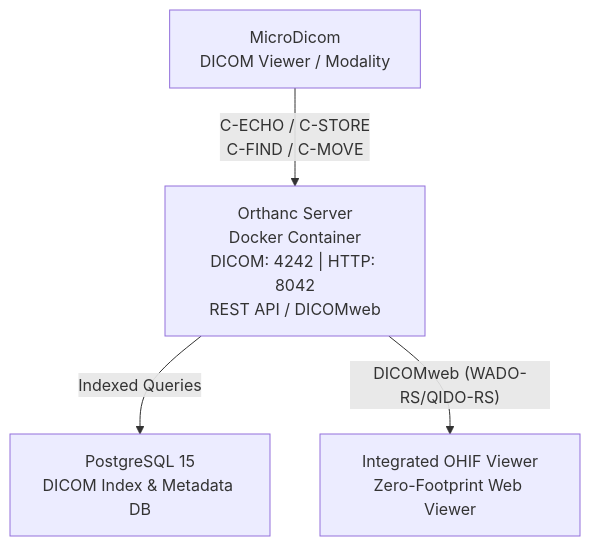
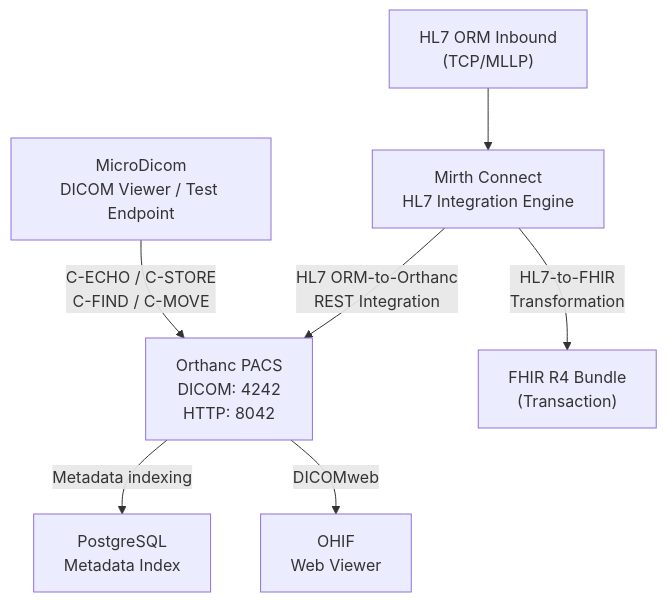
One commit to NiceXJer/orthanc-postgres-docker-pacs changed the diagram in README.md. Above: the diagram before and after it, drawn with Mermaid. The commit also changed other lines of this file, not shown here.

````diff
--- a/README.md
+++ b/README.md
@@ -11,14 +38,17 @@
 ```mermaid
 flowchart TD
-    A["MicroDicom\nDICOM Viewer / Modality"]
+    A["MicroDicom<br/>DICOM Viewer / Test Endpoint"]
+    B["Orthanc PACS<br/>DICOM: 4242<br/>HTTP: 8042"]
+    C["PostgreSQL<br/>Metadata Index"]
+    D["OHIF<br/>Web Viewer"]
+    E["Mirth Connect<br/>HL7 Integration Engine"]
+    F["HL7 ORM Inbound<br/>(TCP/MLLP)"]
+    G["FHIR R4 Bundle<br/>(Transaction)"]
 
-    B["Orthanc Server\nDocker Container\nDICOM: 4242 | HTTP: 8042\nREST API / DICOMweb"]
-
-    C["PostgreSQL 15\nDICOM Index & Metadata DB"]
-
-    D["Integrated OHIF Viewer\nZero-Footprint Web Viewer"]
-
-    A -- "C-ECHO / C-STORE\nC-FIND / C-MOVE" --> B
-    B -- "Indexed Queries" --> C
-    B -- "DICOMweb (WADO-RS/QIDO-RS)" --> D
+    A -->|"C-ECHO / C-STORE<br/>C-FIND / C-MOVE"| B
+    B -->|"Metadata indexing"| C
+    B -->|"DICOMweb"| D
+    F --> E
+    E -->|"HL7 ORM-to-Orthanc<br/>REST Integration"| B
+    E -->|"HL7-to-FHIR<br/>Transformation"| G
 ```
````
